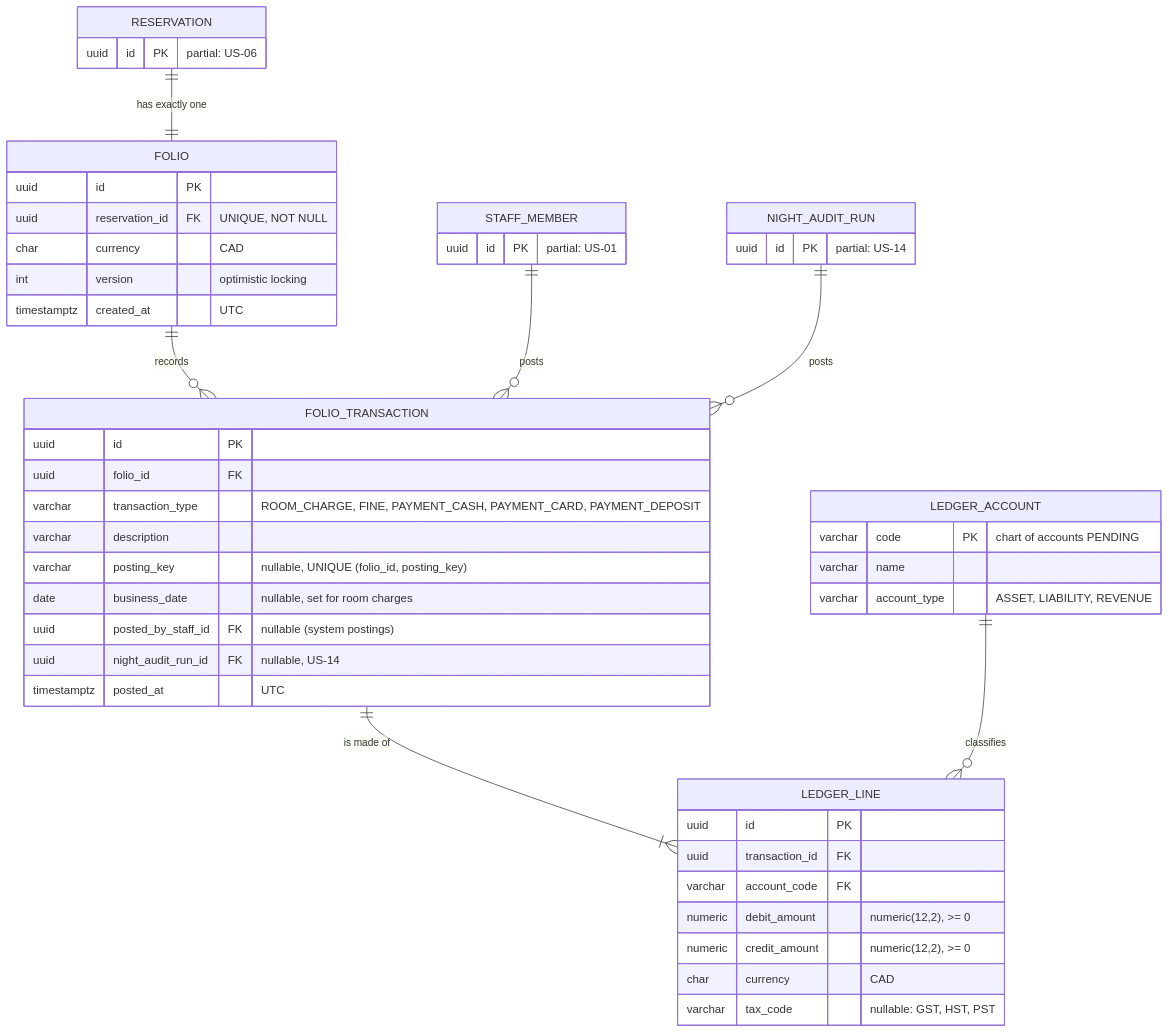
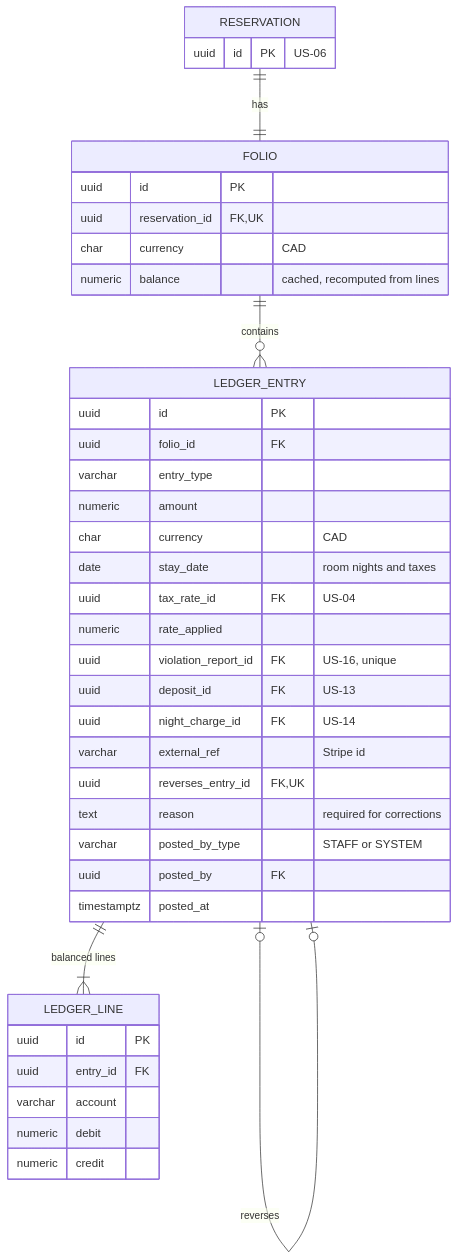
One commit to BraceroInSabot/Motel-Starmie changed the second of 4 diagrams in docs/Initial Requirements/Diagrams/US-15 - Folio Ledger.md. Above: the diagram before and after it, drawn with Mermaid. The commit also changed other lines of this file and 51 other files, not shown here.

````diff
--- a/docs/Initial Requirements/Diagrams/US-15 - Folio Ledger.md
+++ b/docs/Initial Requirements/Diagrams/US-15 - Folio Ledger.md
@@ -204,51 +173,43 @@
 ```mermaid
 erDiagram
-    RESERVATION ||--|| FOLIO : "has exactly one"
-    FOLIO ||--o{ FOLIO_TRANSACTION : "records"
-    FOLIO_TRANSACTION ||--|{ LEDGER_LINE : "is made of"
-    LEDGER_ACCOUNT ||--o{ LEDGER_LINE : "classifies"
-    STAFF_MEMBER ||--o{ FOLIO_TRANSACTION : "posts"
-    NIGHT_AUDIT_RUN ||--o{ FOLIO_TRANSACTION : "posts"
+    RESERVATION ||--|| FOLIO : "has"
+    FOLIO ||--o{ LEDGER_ENTRY : "contains"
+    LEDGER_ENTRY ||--|{ LEDGER_LINE : "balanced lines"
+    LEDGER_ENTRY |o--o| LEDGER_ENTRY : "reverses"
 
     FOLIO {
         uuid id PK
-        uuid reservation_id FK "UNIQUE, NOT NULL"
+        uuid reservation_id FK, UK
         char currency "CAD"
-        int version "optimistic locking"
-        timestamptz created_at "UTC"
+        numeric balance "cached, recomputed from lines"
     }
-    FOLIO_TRANSACTION {
+    LEDGER_ENTRY {
         uuid id PK
         uuid folio_id FK
-        varchar transaction_type "ROOM_CHARGE, FINE, PAYMENT_CASH, PAYMENT_CARD, PAYMENT_DEPOSIT"
-        varchar description
-        varchar posting_key "nullable, UNIQUE (folio_id, posting_key)"
-        date business_date "nullable, set for room charges"
-        uuid posted_by_staff_id FK "nullable (system postings)"
-        uuid night_audit_run_id FK "nullable, US-14"
-        timestamptz posted_at "UTC"
+        varchar entry_type
+        numeric amount
+        char currency "CAD"
+        date stay_date "room nights and taxes"
+        uuid tax_rate_id FK "US-04"
+        numeric rate_applied
+        uuid violation_report_id FK "US-16, unique"
+        uuid deposit_id FK "US-13"
+        uuid night_charge_id FK "US-14"
+        varchar external_ref "Stripe id"
+        uuid reverses_entry_id FK, UK
+        text reason "required for corrections"
+        varchar posted_by_type "STAFF or SYSTEM"
+        uuid posted_by FK
+        timestamptz posted_at
     }
     LEDGER_LINE {
         uuid id PK
-        uuid transaction_id FK
-        varchar account_code FK
-        numeric debit_amount "numeric(12,2), >= 0"
-        numeric credit_amount "numeric(12,2), >= 0"
-        char currency "CAD"
-        varchar tax_code "nullable: GST, HST, PST"
-    }
-    LEDGER_ACCOUNT {
-        varchar code PK "chart of accounts PENDING"
-        varchar name
-        varchar account_type "ASSET, LIABILITY, REVENUE"
+        uuid entry_id FK
+        varchar account
+        numeric debit
+        numeric credit
     }
     RESERVATION {
-        uuid id PK "partial: US-06"
-    }
-    STAFF_MEMBER {
-        uuid id PK "partial: US-01"
-    }
-    NIGHT_AUDIT_RUN {
-        uuid id PK "partial: US-14"
+        uuid id PK "US-06"
     }
 ```
````
